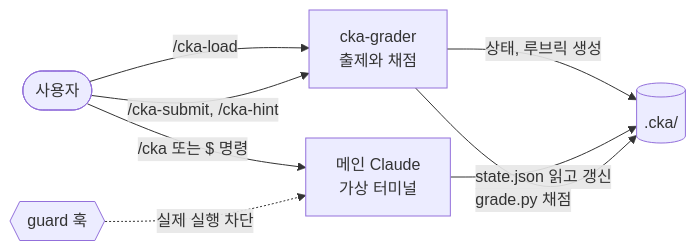
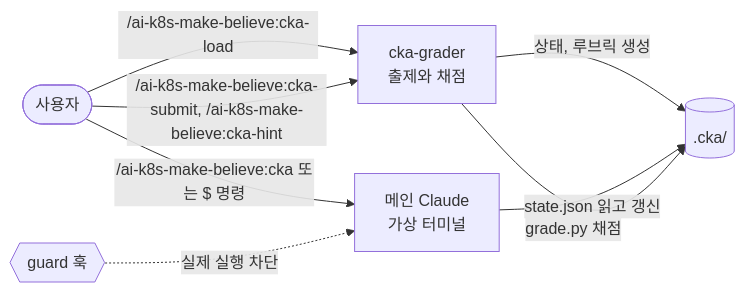
Before and after one commit to jhwanchoi/ai-k8s-make-believe: the diagram in README.md, drawn with Mermaid. The commit also changed other lines of this file and 9 other files, not shown here.

````diff
--- a/README.md
+++ b/README.md
@@ -76,10 +76,10 @@
 ```mermaid
 flowchart LR
-  U([사용자]) -- "/cka-load" --> G[cka-grader<br/>출제와 채점]
+  U([사용자]) -- "/ai-k8s-make-believe:cka-load" --> G[cka-grader<br/>출제와 채점]
   G -- "상태, 루브릭 생성" --> F[(".cka/")]
-  U -- "/cka 또는 $ 명령" --> M[메인 Claude<br/>가상 터미널]
+  U -- "/ai-k8s-make-believe:cka 또는 $ 명령" --> M[메인 Claude<br/>가상 터미널]
   M -- "state.json 읽고 갱신" --> F
-  U -- "/cka-submit, /cka-hint" --> G
+  U -- "/ai-k8s-make-believe:cka-submit, /ai-k8s-make-believe:cka-hint" --> G
   G -- "grade.py 채점" --> F
   K{{guard 훅}} -. "실제 실행 차단" .-> M
 ```
````
